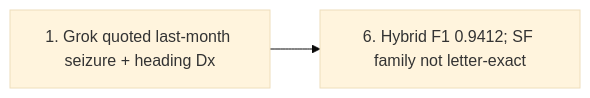
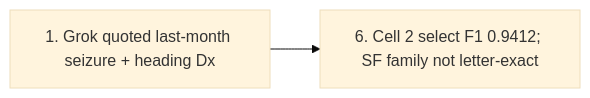
One commit to cbrown564-alt/clinical_extraction changed the sixth of 8 diagrams in docs/research/paper/flagship_3_letter_suite_2026-08-11.md. Above: the diagram before and after it, drawn with Mermaid (base theme). The commit also changed other lines of this file and 26 other files, not shown here.

````diff
--- a/docs/research/paper/flagship_3_letter_suite_2026-08-11.md
+++ b/docs/research/paper/flagship_3_letter_suite_2026-08-11.md
@@ -183,4 +186,4 @@
 ```mermaid
 flowchart LR
-  E1_S1["1. Grok quoted last-month seizure + heading Dx"] --> E1_S6["6. Hybrid F1 0.9412; SF family not letter-exact"]
+  E1_S1["1. Grok quoted last-month seizure + heading Dx"] --> E1_S6["6. Cell 2 select F1 0.9412; SF family not letter-exact"]
 ```
````
